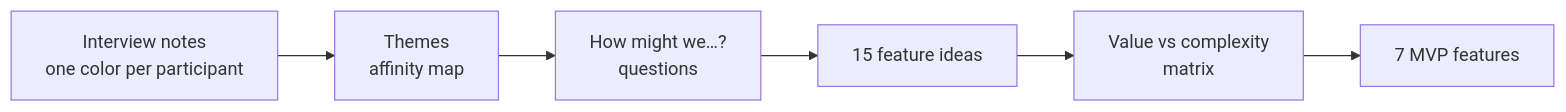
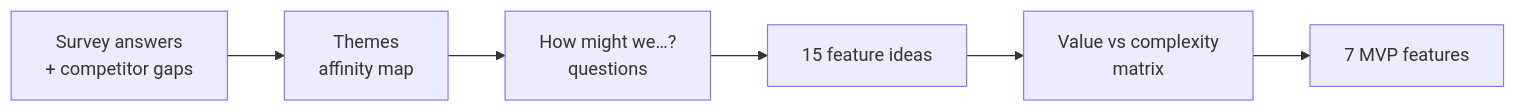
The diagram in docs/product/research.md (escalopa/campusswap), drawn with Mermaid before and after one commit. The commit also changed other lines of this file and 3 other files, not shown here.

````diff
--- a/docs/product/research.md
+++ b/docs/product/research.md
@@ -68,8 +64,8 @@
 ```mermaid
 flowchart LR
-    N[Interview notes<br>one color per participant] --> T[Themes<br>affinity map]
+    N[Survey answers<br>+ competitor gaps] --> T[Themes<br>affinity map]
     T --> H[How might we…?<br>questions]
     H --> I[15 feature ideas]
     I --> P[Value vs complexity<br>matrix]
     P --> M[7 MVP features]
 ```
````
